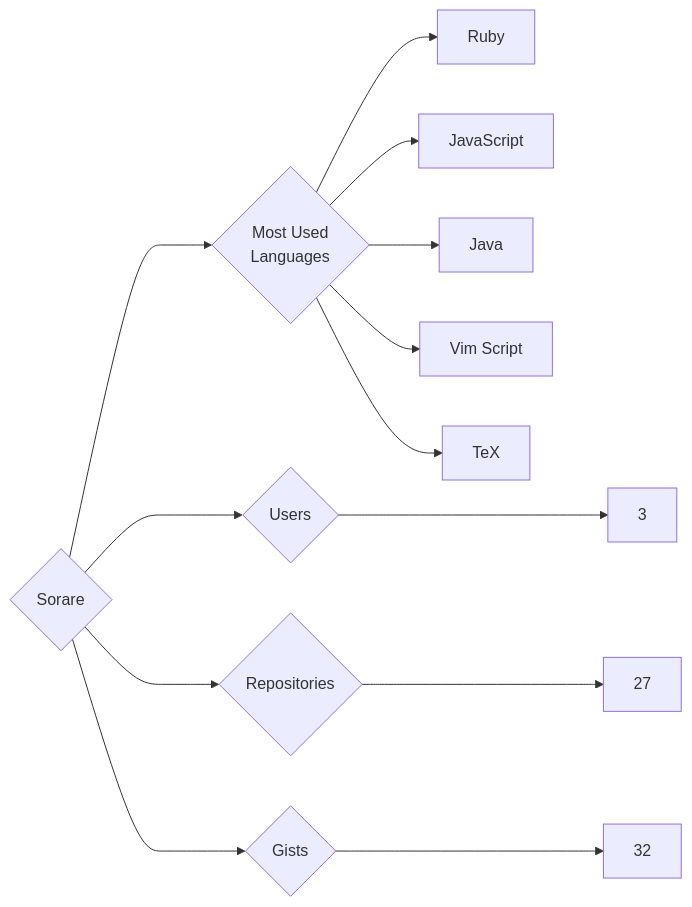
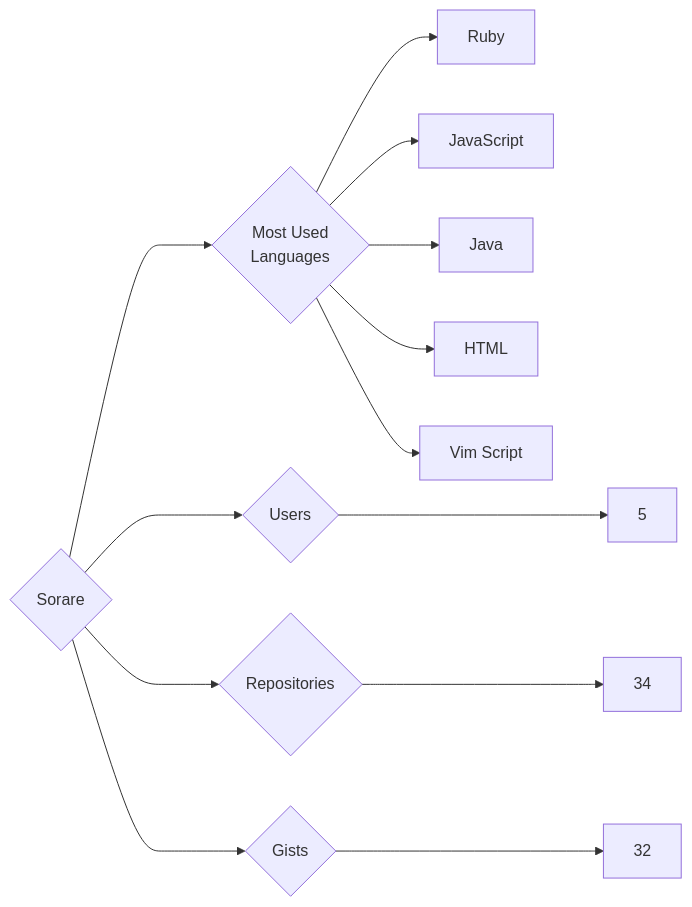
One commit to trickest/insiders changed the diagram in targets/Sorare/README.md. Above: the diagram before and after it, drawn with Mermaid. The commit also changed 728 other files, not shown here.

````diff
--- a/targets/Sorare/README.md
+++ b/targets/Sorare/README.md
@@ -3,13 +3,13 @@
 ```mermaid
 graph LR
 COMPANY_NAME{Sorare}
-COMPANY_NAME ---> U{Users} ---> UN[3]
-COMPANY_NAME ---> R{Repositories} ---> RN[27]
+COMPANY_NAME ---> U{Users} ---> UN[5]
+COMPANY_NAME ---> R{Repositories} ---> RN[34]
 COMPANY_NAME ---> G{Gists} ---> GN[32]
 COMPANY_NAME ---> ML{Most Used<br>Languages}
 ML --> Ruby[Ruby]
 ML --> JavaScript[JavaScript]
 ML --> Java[Java]
+ML --> HTML[HTML]
 ML --> Vim_Script[Vim Script]
-ML --> TeX[TeX]
 ```
````
